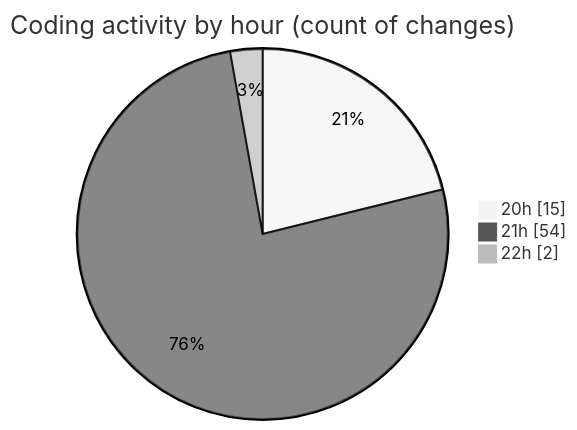
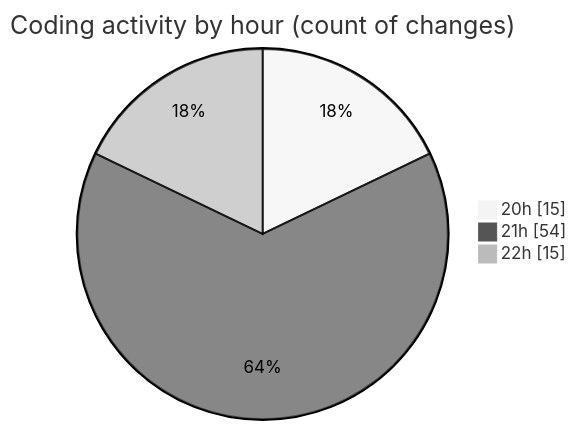
One commit to Netris89/code-tracking changed the second of 2 diagrams in 2025-05-02/date/README.md. Above: the diagram before and after it, drawn with Mermaid (neutral theme). The commit also changed other lines of this file and 1 other file, not shown here.

````diff
--- a/2025-05-02/date/README.md
+++ b/2025-05-02/date/README.md
@@ -40,7 +42,7 @@
 ```mermaid
 pie showData
 title Coding activity by hour (count of changes)
 "20h" : 15
 "21h" : 54
-"22h" : 2
+"22h" : 15
 ```
````
